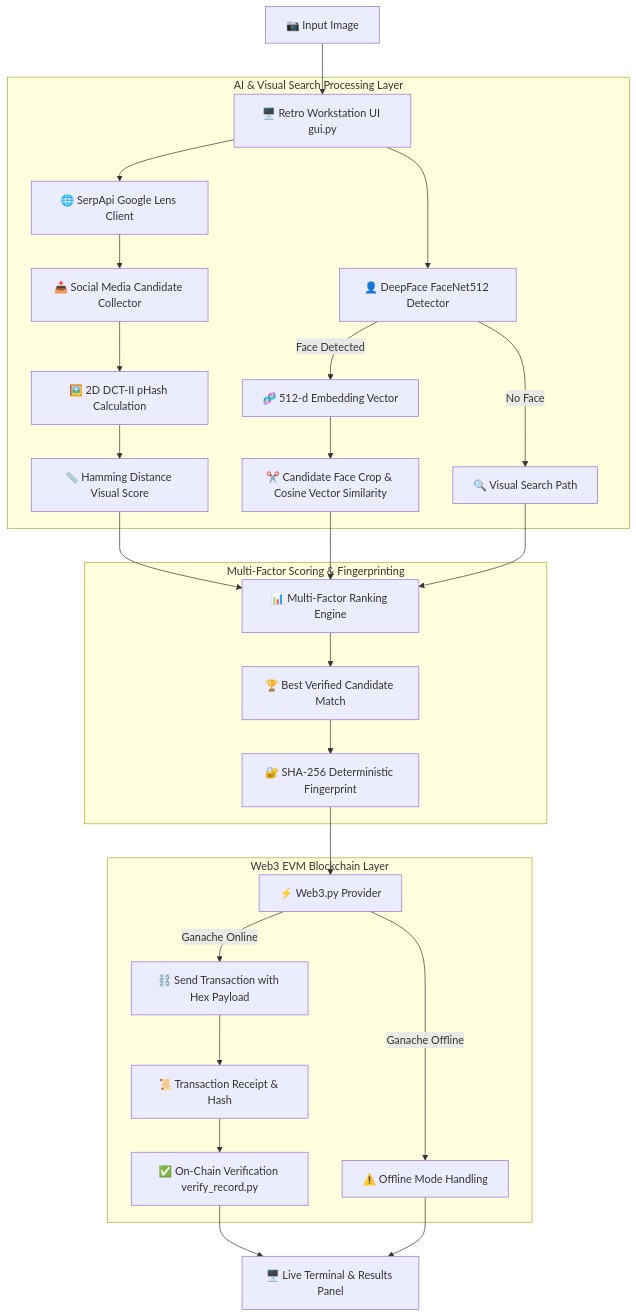
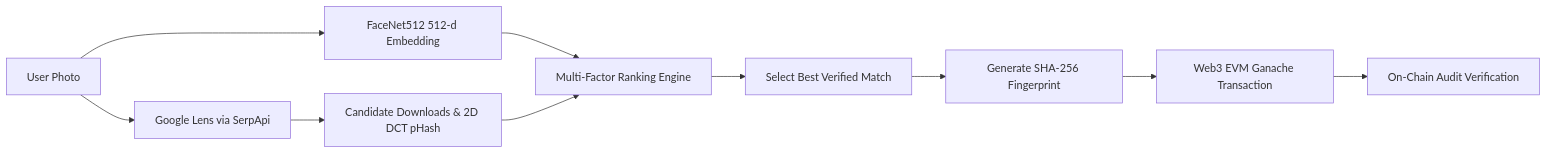
The diagram in README.md (SuryaNandan07/Face_search_blockchain), drawn with Mermaid before and after one commit. The commit also changed other lines of this file, not shown here.

````diff
--- a/README.md
+++ b/README.md
@@ -220,37 +31,12 @@
 ```mermaid
-flowchart TD
-    A[📷 Input Image] --> B[🖥️ Retro Workstation UI gui.py]
-    
-    subgraph AI & Visual Search Processing Layer
-        B --> C[👤 DeepFace FaceNet512 Detector]
-        C -->|Face Detected| D[🧬 512-d Embedding Vector]
-        C -->|No Face| E[🔍 Visual Search Path]
-        
-        B --> F[🌐 SerpApi Google Lens Client]
-        F --> G[📥 Social Media Candidate Collector]
-        
-        G --> H[🖼️ 2D DCT-II pHash Calculation]
-        H --> I[📏 Hamming Distance Visual Score]
-        
-        D --> J[✂️ Candidate Face Crop & Cosine Vector Similarity]
-    end
-    
-    subgraph Multi-Factor Scoring & Fingerprinting
-        I --> K[📊 Multi-Factor Ranking Engine]
-        J --> K
-        E --> K
-        K --> L[🏆 Best Verified Candidate Match]
-        L --> M[🔐 SHA-256 Deterministic Fingerprint]
-    end
-    
-    subgraph Web3 EVM Blockchain Layer
-        M --> N[⚡ Web3.py Provider]
-        N -->|Ganache Online| O[⛓️ Send Transaction with Hex Payload]
-        O --> P[📜 Transaction Receipt & Hash]
-        P --> Q[✅ On-Chain Verification verify_record.py]
-        N -->|Ganache Offline| R[⚠️ Offline Mode Handling]
-    end
-    
-    Q --> S[🖥️ Live Terminal & Results Panel]
-    R --> S
+flowchart LR
+    A[User Photo] --> B[FaceNet512 512-d Embedding]
+    A --> C[Google Lens via SerpApi]
+    C --> D[Candidate Downloads & 2D DCT pHash]
+    B --> E[Multi-Factor Ranking Engine]
+    D --> E
+    E --> F[Select Best Verified Match]
+    F --> G[Generate SHA-256 Fingerprint]
+    G --> H[Web3 EVM Ganache Transaction]
+    H --> I[On-Chain Audit Verification]
 ```
````
